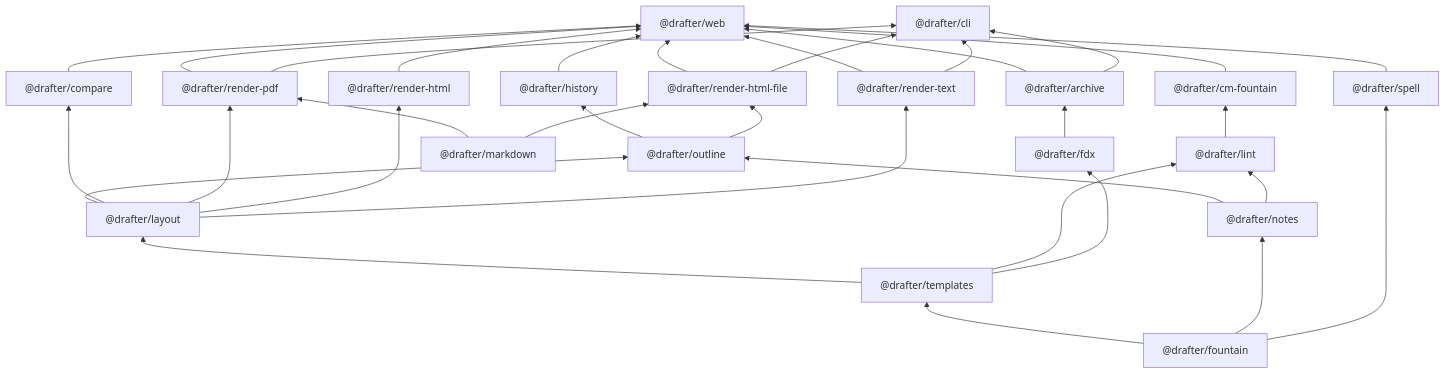
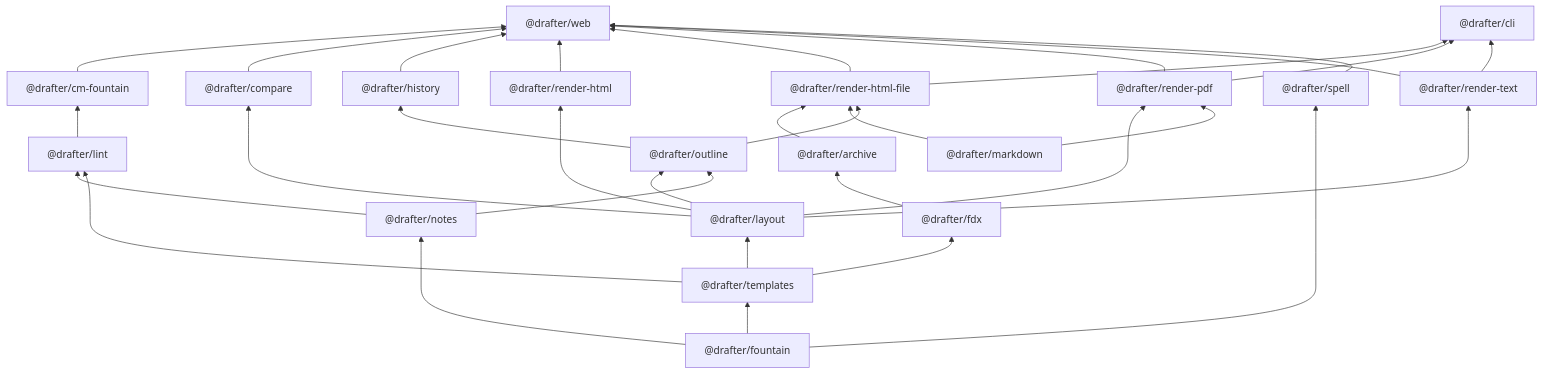
One commit to cschweda/drafter changed the first of 5 diagrams in docs/technical-details.md. Above: the diagram before and after it, drawn with Mermaid. The commit also changed 55 other files, not shown here.

````diff
--- a/docs/technical-details.md
+++ b/docs/technical-details.md
@@ -36,54 +36,53 @@
 ```mermaid
 flowchart BT
   web["@drafter/web"]
   cli["@drafter/cli"]
   cm_fountain["@drafter/cm-fountain"]
   outline["@drafter/outline"]
   compare["@drafter/compare"]
   history["@drafter/history"]
   render_pdf["@drafter/render-pdf"]
   render_html["@drafter/render-html"]
   render_html_file["@drafter/render-html-file"]
   render_text["@drafter/render-text"]
   layout["@drafter/layout"]
   lint["@drafter/lint"]
   fdx["@drafter/fdx"]
   archive["@drafter/archive"]
   templates["@drafter/templates"]
   notes["@drafter/notes"]
   spell["@drafter/spell"]
   markdown["@drafter/markdown"]
   fountain["@drafter/fountain"]
-  archive --> web
   cm_fountain --> web
   compare --> web
   history --> web
   render_html --> web
   render_html_file --> web
   render_pdf --> web
   render_text --> web
   spell --> web
-  archive --> cli
   render_html_file --> cli
   render_pdf --> cli
   render_text --> cli
   lint --> cm_fountain
   layout --> outline
   notes --> outline
   layout --> compare
   outline --> history
   layout --> render_pdf
   markdown --> render_pdf
   layout --> render_html
+  archive --> render_html_file
   markdown --> render_html_file
   outline --> render_html_file
   layout --> render_text
   templates --> layout
   notes --> lint
   templates --> lint
   templates --> fdx
   fdx --> archive
   fountain --> templates
   fountain --> notes
   fountain --> spell
 ```
````
